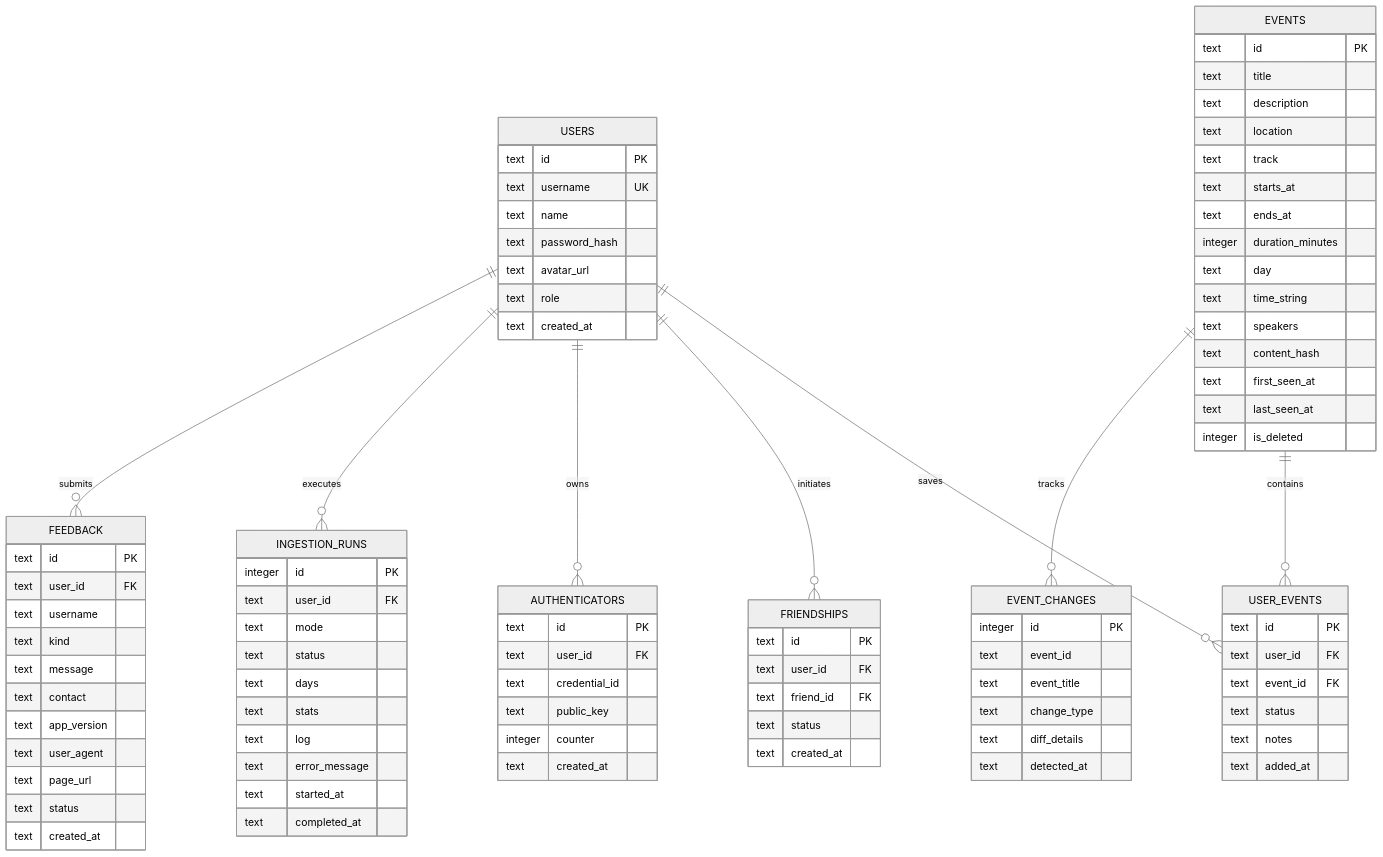
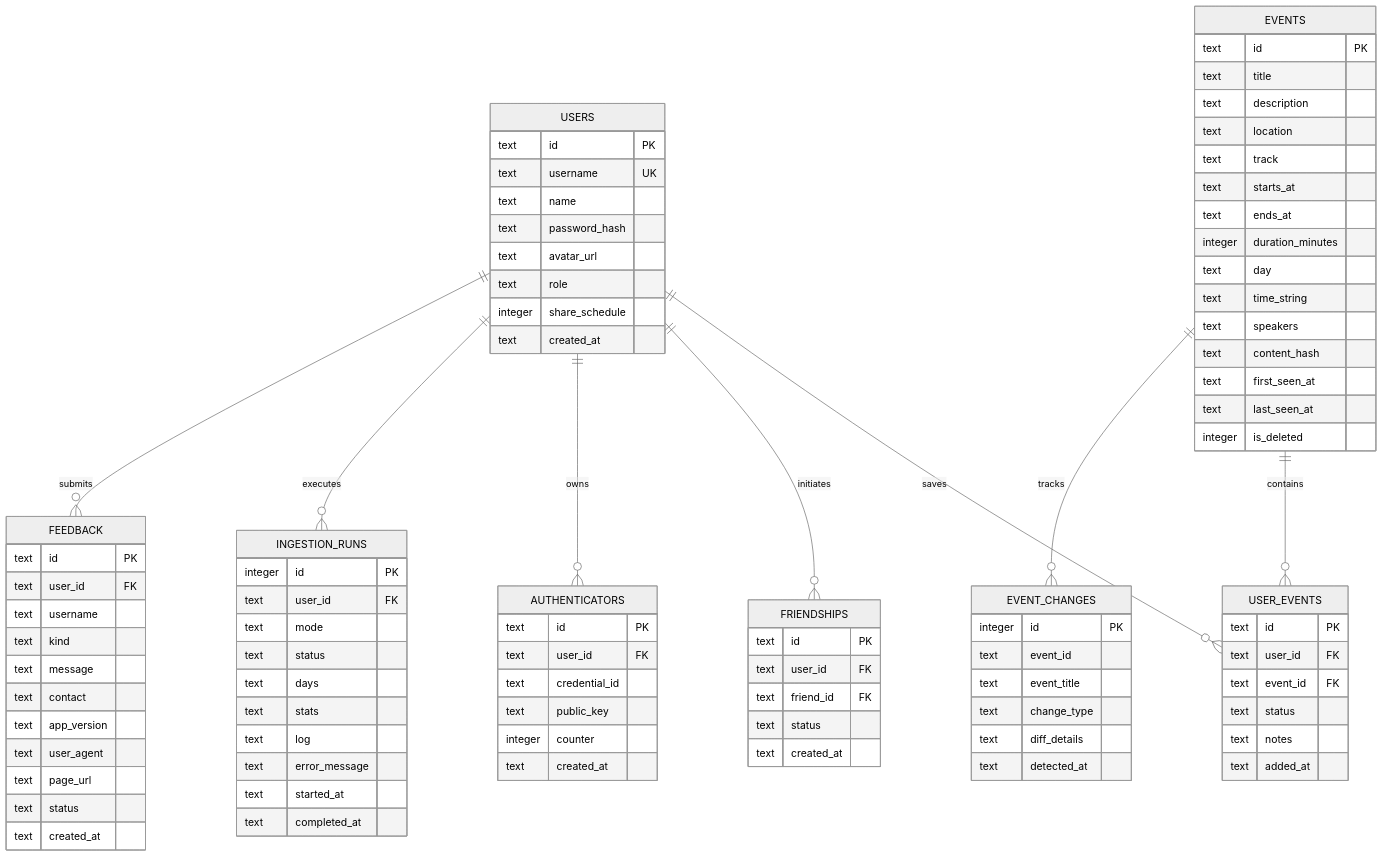
The second of 3 diagrams in docs/SYSTEM_DESIGN.md (martinrojas/dragoncon-2026), drawn with Mermaid (neutral theme) before and after one commit. The commit also changed other lines of this file and 33 other files, not shown here.

```diff
--- a/docs/SYSTEM_DESIGN.md
+++ b/docs/SYSTEM_DESIGN.md
@@ -177,6 +177,7 @@
         text password_hash
         text avatar_url
         text role
+        integer share_schedule
         text created_at
     }
 
```
